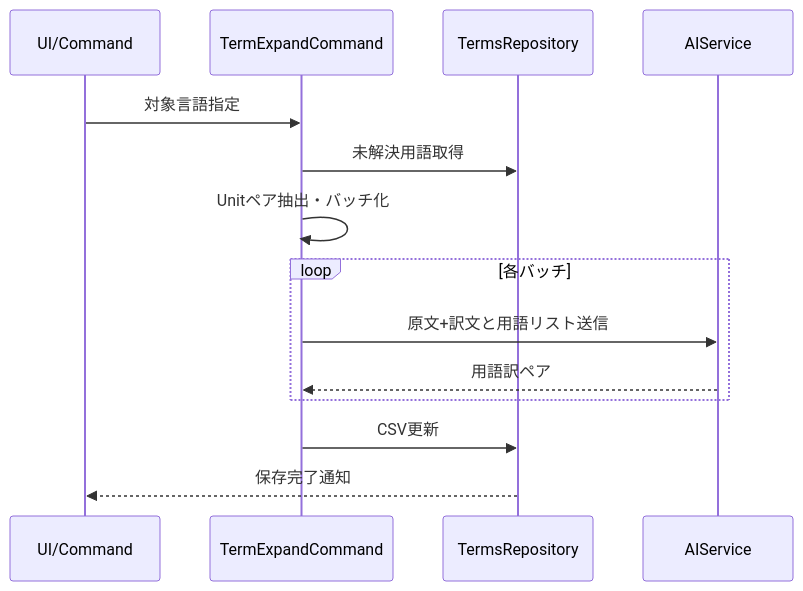
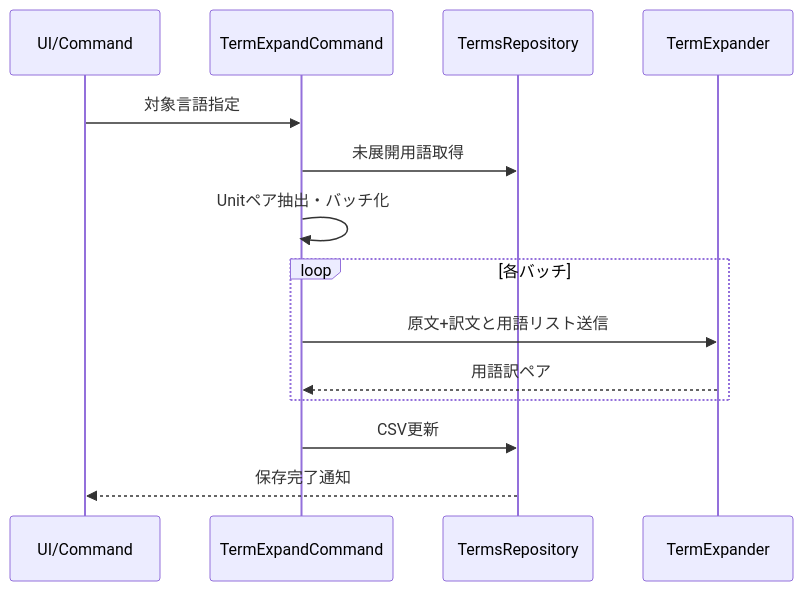
Before and after one commit to mochimochiki/mdait: the fifth of 5 diagrams in design/commands.md, drawn with Mermaid. The commit also changed other lines of this file and 1 other file, not shown here.

Commit message:
feat: 用語展開処理の改善と未解決用語のAI翻訳機能を削除

````diff
--- a/design/commands.md
+++ b/design/commands.md
@@ -164,17 +164,17 @@
 ```mermaid
 sequenceDiagram
 	participant UX as UI/Command
 	participant Cmd as TermExpandCommand
 	participant Repo as TermsRepository
-	participant AI as AIService
+	participant Expander as TermExpander
 
 	UX->>Cmd: 対象言語指定
-	Cmd->>Repo: 未解決用語取得
+	Cmd->>Repo: 未展開用語取得
 	Cmd->>Cmd: Unitペア抽出・バッチ化
 	loop 各バッチ
-		Cmd->>AI: 原文+訳文と用語リスト送信
-		AI-->>Cmd: 用語訳ペア
+		Cmd->>Expander: 原文+訳文と用語リスト送信
+		Expander-->>Cmd: 用語訳ペア
 	end
 	Cmd->>Repo: CSV更新
 	Repo-->>UX: 保存完了通知
 ```
````
